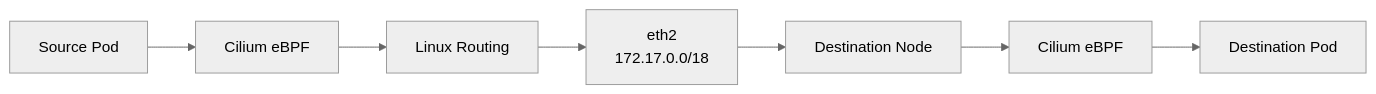
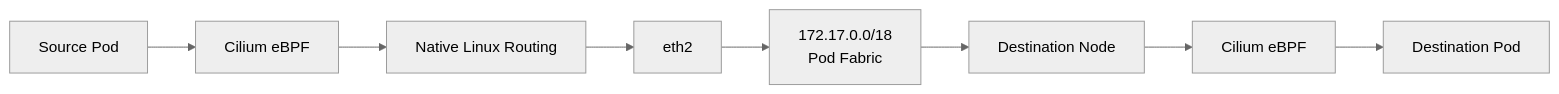
Diagram 20 of 30 in docs/02-cilium/README.md (ahmed-sayed-devops/microservices-platform-gitops), drawn with Mermaid (neutral theme) before and after one commit. The commit also changed other lines of this file, not shown here.

Commit message:
docs: add Cilium networking documentation

````diff
--- a/docs/02-cilium/README.md
+++ b/docs/02-cilium/README.md
@@ -1329,24 +1216,27 @@
 ```mermaid
 flowchart LR
 
-    PodA["Source Pod"]
+    Source["Source Pod"]
 
-    EBPF1["Cilium eBPF"]
+    CiliumA["Cilium eBPF"]
 
-    Route["Linux Routing"]
+    Routing["Native Linux Routing"]
 
-    Eth2["eth2<br/>172.17.0.0/18"]
+    Eth2["eth2"]
 
-    NodeB["Destination Node"]
+    Fabric["172.17.0.0/18<br/>Pod Fabric"]
 
-    EBPF2["Cilium eBPF"]
+    Node["Destination Node"]
 
-    PodB["Destination Pod"]
+    CiliumB["Cilium eBPF"]
 
-    PodA --> EBPF1
-    EBPF1 --> Route
-    Route --> Eth2
-    Eth2 --> NodeB
-    NodeB --> EBPF2
-    EBPF2 --> PodB
+    Destination["Destination Pod"]
+
+    Source --> CiliumA
+    CiliumA --> Routing
+    Routing --> Eth2
+    Eth2 --> Fabric
+    Fabric --> Node
+    Node --> CiliumB
+    CiliumB --> Destination
 ```
````
